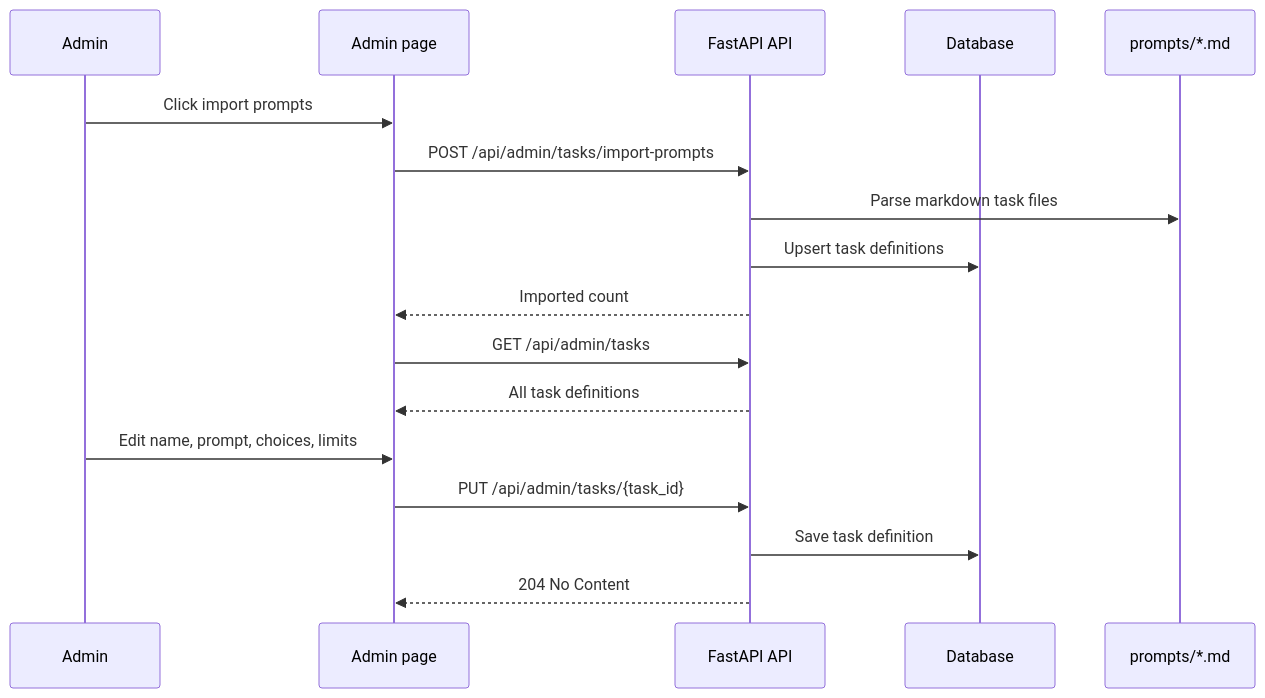
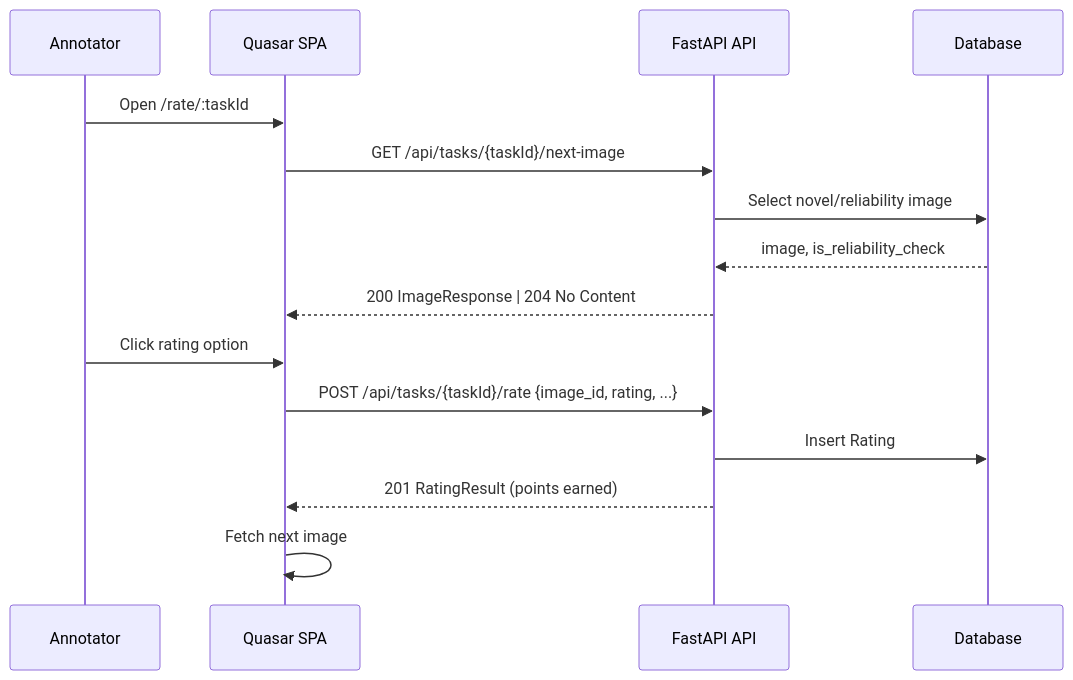
The third of 4 diagrams in docs/architecture.md (DCGM/image_quality_app), drawn with Mermaid before and after one commit. The commit also changed other lines of this file and 77 other files, not shown here.

````diff
--- a/docs/architecture.md
+++ b/docs/architecture.md
@@ -55,20 +58,18 @@
 ```mermaid
 sequenceDiagram
-    participant Admin
-    participant SPA as Admin page
+    participant U as Annotator
+    participant SPA as Quasar SPA
     participant API as FastAPI API
     participant DB as Database
-    participant Prompts as prompts/*.md
 
-    Admin->>SPA: Click import prompts
-    SPA->>API: POST /api/admin/tasks/import-prompts
-    API->>Prompts: Parse markdown task files
-    API->>DB: Upsert task definitions
-    API-->>SPA: Imported count
-    SPA->>API: GET /api/admin/tasks
-    API-->>SPA: All task definitions
-    Admin->>SPA: Edit name, prompt, choices, limits
-    SPA->>API: PUT /api/admin/tasks/{task_id}
-    API->>DB: Save task definition
-    API-->>SPA: 204 No Content
+    U->>SPA: Open /rate/:taskId
+    SPA->>API: GET /api/tasks/{taskId}/next-image
+    API->>DB: Select novel/reliability image
+    DB-->>API: image, is_reliability_check
+    API-->>SPA: 200 ImageResponse | 204 No Content
+    U->>SPA: Click rating option
+    SPA->>API: POST /api/tasks/{taskId}/rate {image_id, rating, ...}
+    API->>DB: Insert Rating
+    API-->>SPA: 201 RatingResult (points earned)
+    SPA->>SPA: Fetch next image
 ```
````
